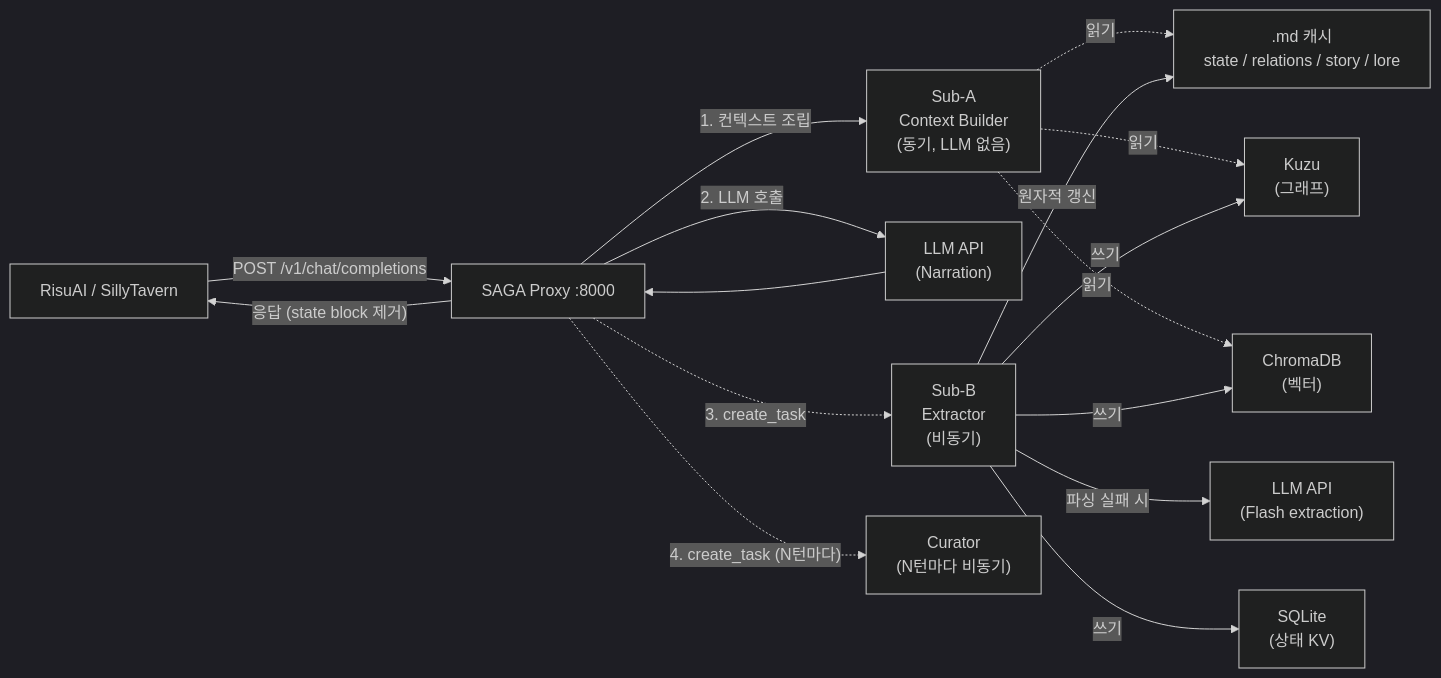
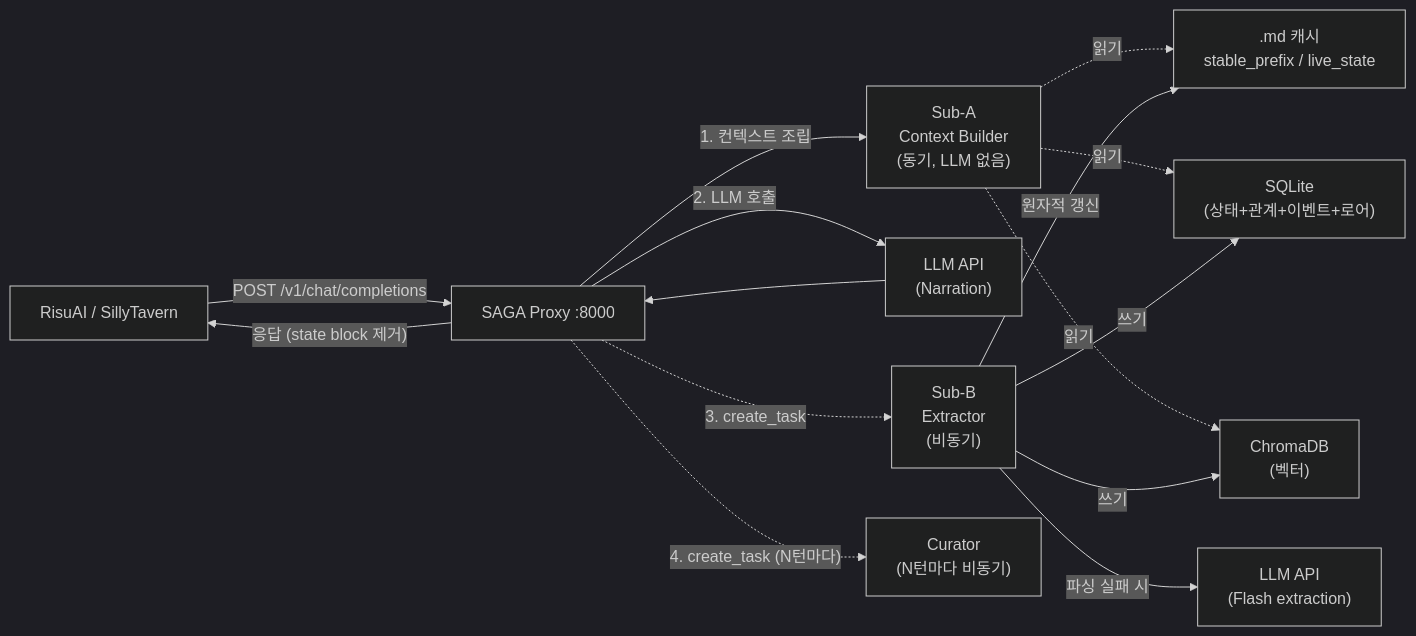
One commit to YangHyunu/SAGA changed the diagram in README.md. Above: the diagram before and after it, drawn with Mermaid (dark theme). The commit also changed other lines of this file and 15 other files, not shown here.

First line of the commit message:
Refactor: KuzuDB 제거, SQLite 전환, prompt caching 수정

````diff
--- a/README.md
+++ b/README.md
@@ -256,37 +252,35 @@
 ```mermaid
 flowchart LR
     Client["RisuAI / SillyTavern"]
 
     Proxy["SAGA Proxy :8000"]
     SubA["Sub-A<br/>Context Builder<br/>(동기, LLM 없음)"]
     LLM["LLM API<br/>(Narration)"]
     SubB["Sub-B<br/>Extractor<br/>(비동기)"]
     Flash["LLM API<br/>(Flash extraction)"]
     Curator["Curator<br/>(N턴마다 비동기)"]
 
-    SQLite["SQLite<br/>(상태 KV)"]
-    Kuzu["Kuzu<br/>(그래프)"]
+    SQLite["SQLite<br/>(상태+관계+이벤트+로어)"]
     Chroma["ChromaDB<br/>(벡터)"]
-    Cache[".md 캐시<br/>state / relations / story / lore"]
+    Cache[".md 캐시<br/>stable_prefix / live_state"]
 
     %% 요청 흐름
     Client -- "POST /v1/chat/completions" --> Proxy
     Proxy -- "1. 컨텍스트 조립" --> SubA
     SubA -. "읽기" .-> Cache
-    SubA -. "읽기" .-> Kuzu
+    SubA -. "읽기" .-> SQLite
     SubA -. "읽기" .-> Chroma
 
     Proxy -- "2. LLM 호출" --> LLM
     LLM --> Proxy
     Proxy -- "응답 (state block 제거)" --> Client
 
     %% 비동기 후처리 (Proxy가 둘 다 fire)
     Proxy -. "3. create_task" .-> SubB
     Proxy -. "4. create_task (N턴마다)" .-> Curator
 
     SubB -- "파싱 실패 시" --> Flash
     SubB -- "쓰기" --> SQLite
-    SubB -- "쓰기" --> Kuzu
     SubB -- "쓰기" --> Chroma
     SubB -- "원자적 갱신" --> Cache
 ```
````
